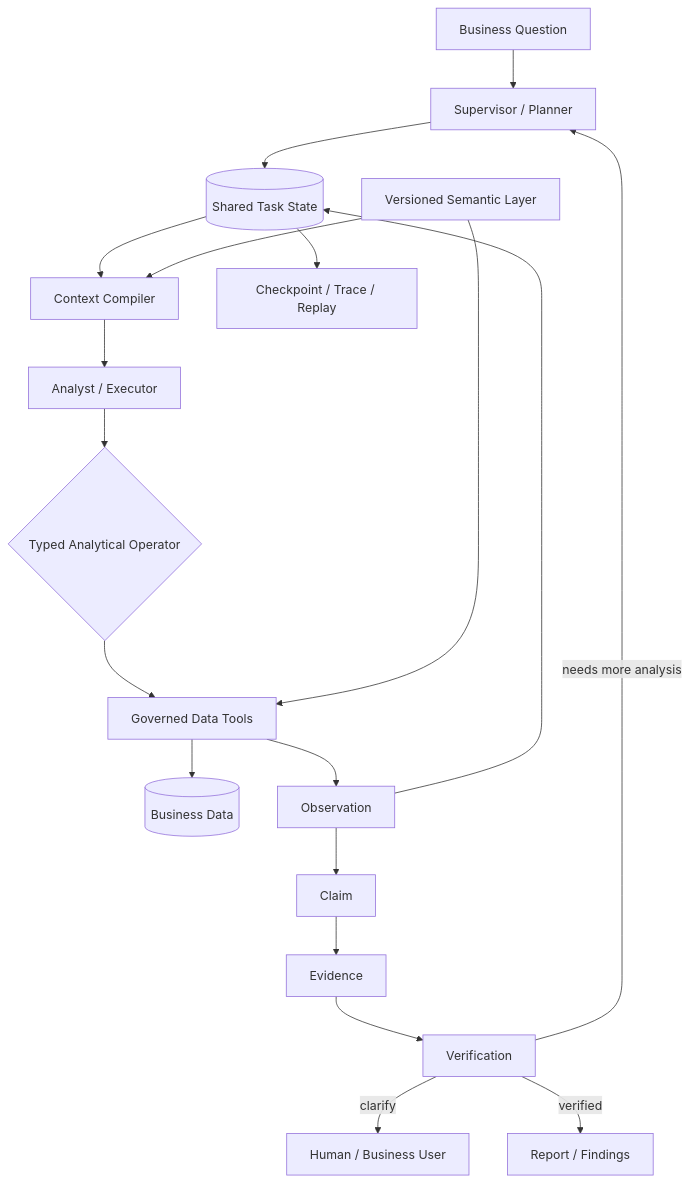
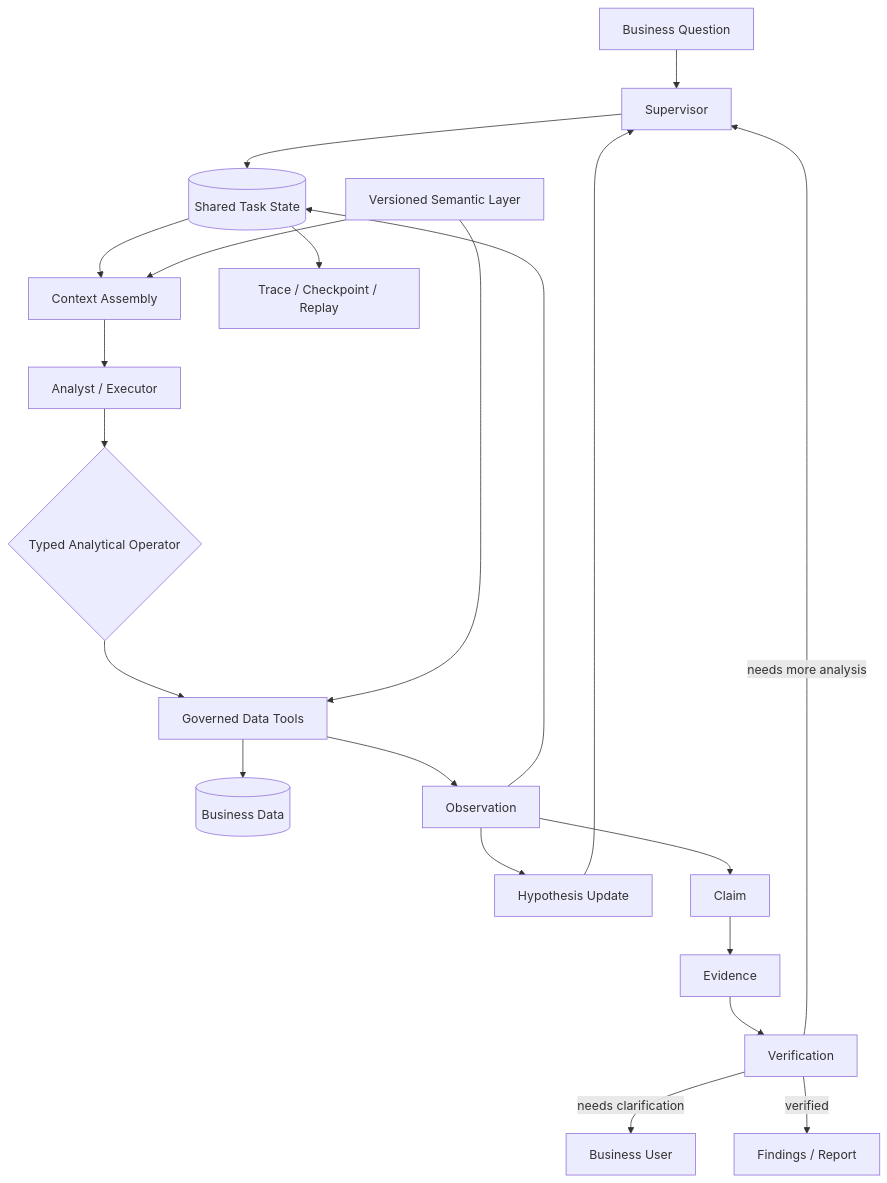
The diagram in README.md (Benjamindaoson/enterprise-data-agent), drawn with Mermaid before and after one commit. The commit also changed other lines of this file, not shown here.

Commit message:
Rewrite README around enterprise agent architecture and recruiter-facing project narrative

````diff
--- a/README.md
+++ b/README.md
@@ -124,26 +161,29 @@
 ```mermaid
 flowchart TD
-    Q[Business Question] --> S[Supervisor / Planner]
+    Q[Business Question] --> S[Supervisor]
     S --> TS[(Shared Task State)]
 
-    TS --> C[Context Compiler]
+    TS --> C[Context Assembly]
+    SL[Versioned Semantic Layer] --> C
     C --> A[Analyst / Executor]
 
-    A --> O{Typed Analytical Operator}
-    O --> T[Governed Data Tools]
+    A --> OP{Typed Analytical Operator}
+    OP --> T[Governed Data Tools]
+    SL --> T
     T --> D[(Business Data)]
-    T --> OBS[Observation]
+    T --> O[Observation]
 
-    OBS --> TS
-    OBS --> CL[Claim]
-    CL --> EV[Evidence]
-    EV --> V[Verification]
+    O --> TS
+    O --> H[Hypothesis Update]
+    H --> S
+
+    O --> CL[Claim]
+    CL --> E[Evidence]
+    E --> V[Verification]
 
     V -->|needs more analysis| S
-    V -->|clarify| H[Human / Business User]
-    V -->|verified| R[Report / Findings]
+    V -->|needs clarification| U[Business User]
+    V -->|verified| R[Findings / Report]
 
-    TS --> CP[Checkpoint / Trace / Replay]
-    SL[Versioned Semantic Layer] --> C
-    SL --> T
+    TS --> RT[Trace / Checkpoint / Replay]
 ```
````
